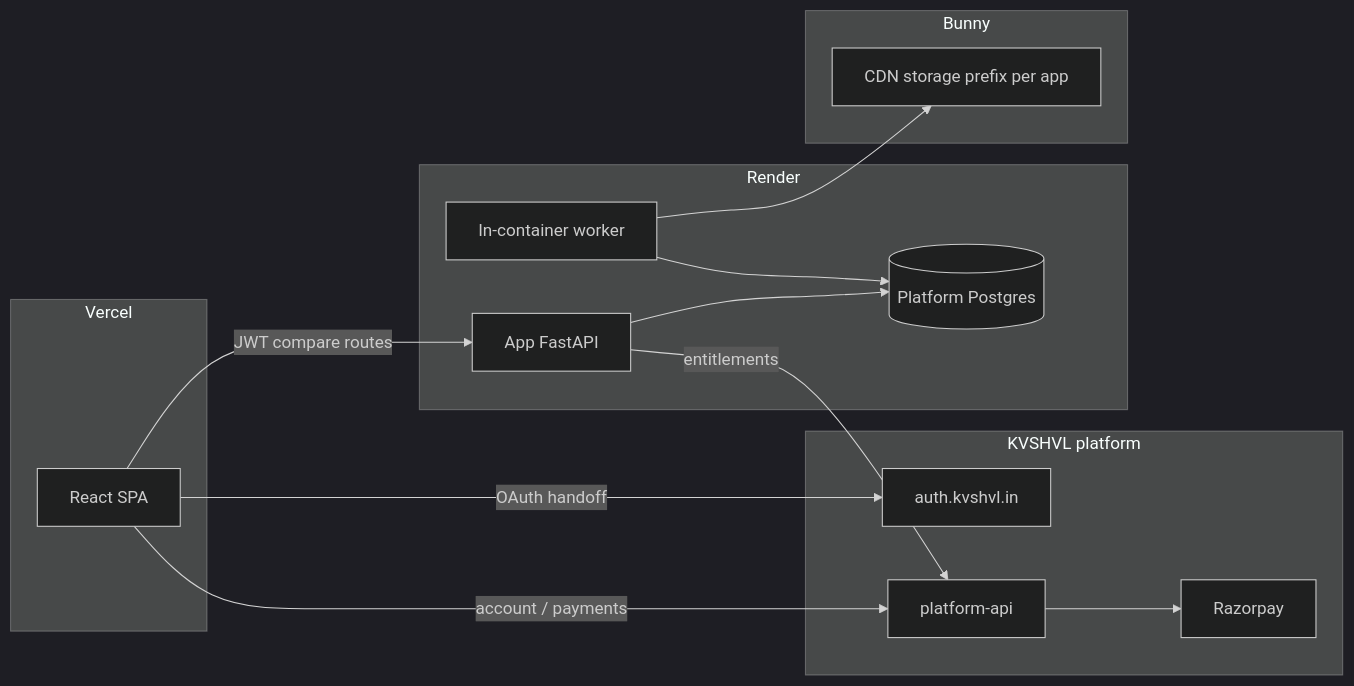
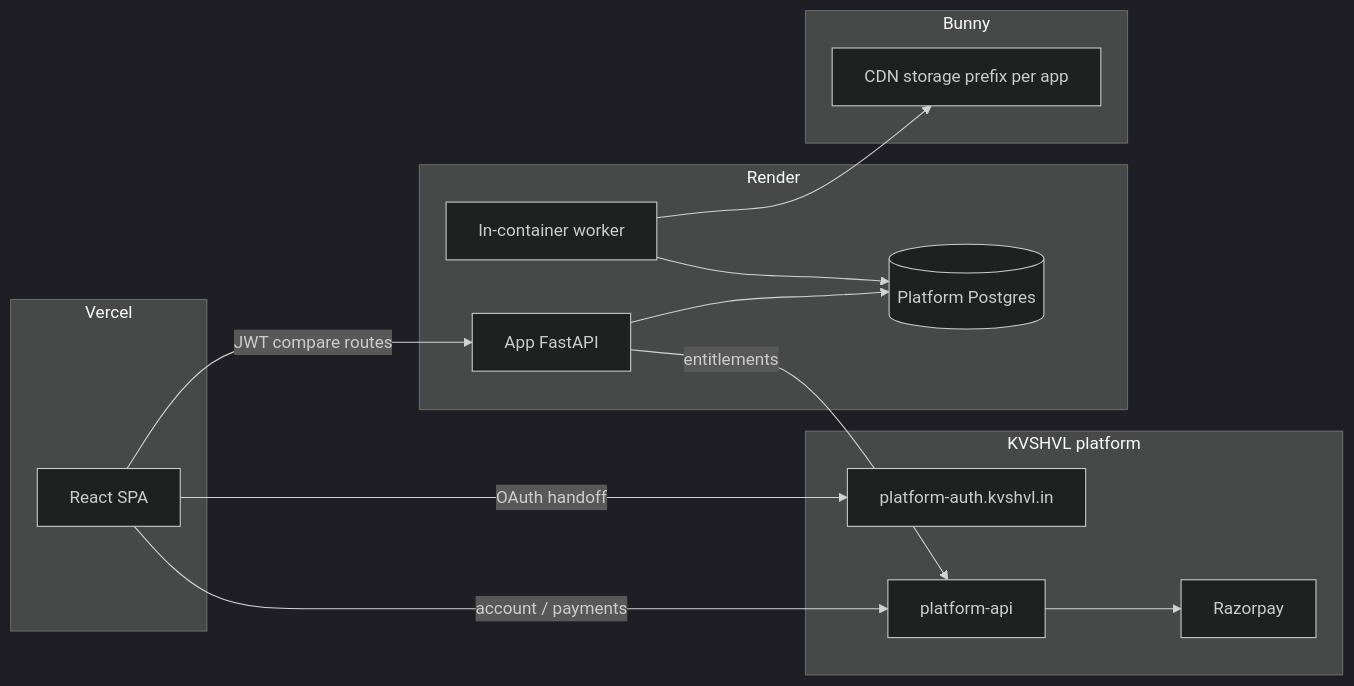
Before and after one commit to kushalsamant/checkyourdrawings: the diagram in docs/KVSHVL_APP_TEMPLATE.md, drawn with Mermaid (dark theme). The commit also changed other lines of this file and 4 other files, not shown here.

````diff
--- a/docs/KVSHVL_APP_TEMPLATE.md
+++ b/docs/KVSHVL_APP_TEMPLATE.md
@@ -7,31 +7,31 @@
 ```mermaid
 flowchart LR
   subgraph vercel [Vercel]
     Frontend[React SPA]
   end
 
   subgraph kvshvl [KVSHVL platform]
-    Auth[auth.kvshvl.in]
+    Auth[platform-auth.kvshvl.in]
     PlatformAPI[platform-api]
     Razorpay[Razorpay]
   end
 
   subgraph render [Render]
     AppAPI[App FastAPI]
     Worker[In-container worker]
     PG[(Platform Postgres)]
   end
 
   subgraph bunny [Bunny]
     CDN[CDN storage prefix per app]
   end
 
   Frontend -->|JWT compare routes| AppAPI
   Frontend -->|account / payments| PlatformAPI
   Frontend -->|OAuth handoff| Auth
   AppAPI -->|entitlements| PlatformAPI
   AppAPI --> PG
   Worker --> PG
   Worker --> CDN
   PlatformAPI --> Razorpay
 ```
````
